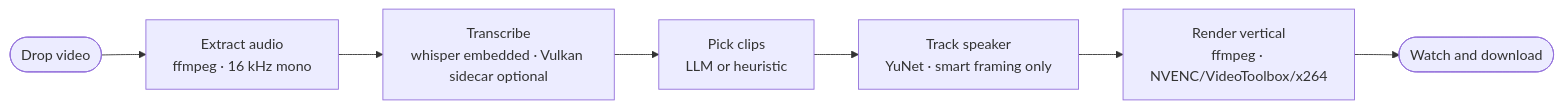
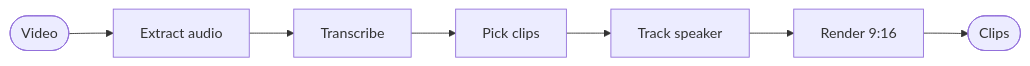
Before and after one commit to n1ssyyy/DigiClip-CLI: the diagram in README.md, drawn with Mermaid. The commit also changed other lines of this file, not shown here.

````diff
--- a/README.md
+++ b/README.md
@@ -55,9 +50,4 @@
 ```mermaid
 flowchart LR
-    Upload(["Drop video"]) --> Extract["Extract audio\nffmpeg · 16 kHz mono"]
-    Extract --> Transcribe["Transcribe\nwhisper embedded · Vulkan sidecar optional"]
-    Transcribe --> Analyze["Pick clips\nLLM or heuristic"]
-    Analyze --> Track["Track speaker\nYuNet · smart framing only"]
-    Track --> Render["Render vertical\nffmpeg · NVENC/VideoToolbox/x264"]
-    Render --> Done(["Watch and download"])
+    V(["Video"]) --> A["Extract audio"] --> T["Transcribe"] --> P["Pick clips"] --> F["Track speaker"] --> R["Render 9:16"] --> O(["Clips"])
 ```
````
